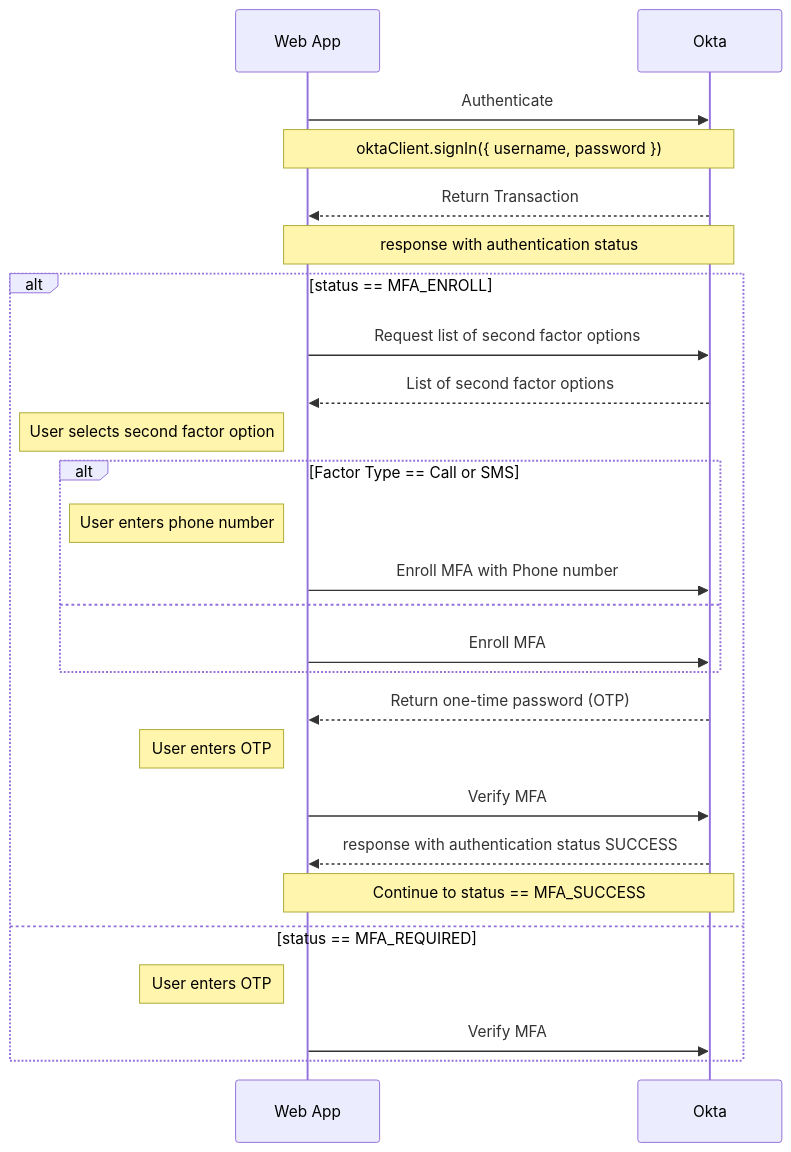
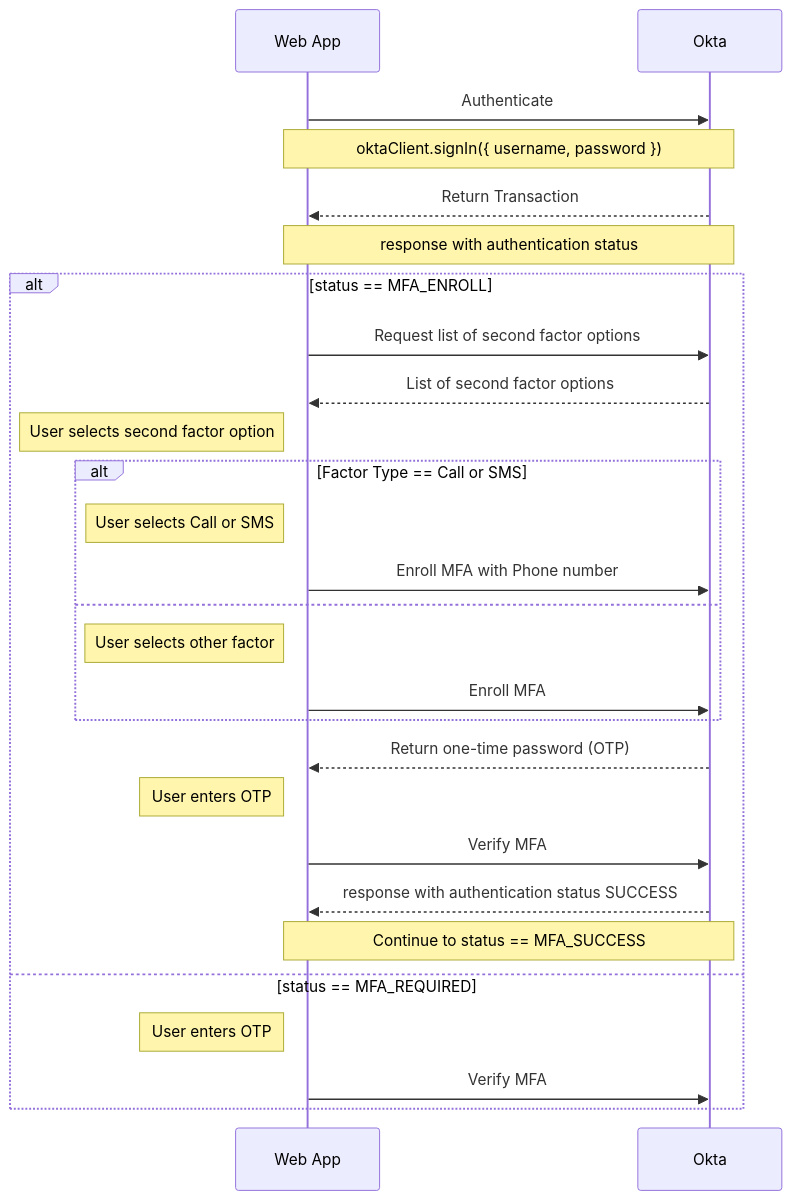
Before and after one commit to Enterprise-CMCS/eAPD: the diagram in documentation/sequence-diagram.mmd, drawn with Mermaid. The commit also changed 5 other files, not shown here.

```diff
--- a/documentation/sequence-diagram.mmd
+++ b/documentation/sequence-diagram.mmd
@@ -1,26 +1,27 @@
 sequenceDiagram
   participant W as Web App
   participant O as Okta
   W->>O: Authenticate
   Note over W,O: oktaClient.signIn({ username, password })
   O-->>W: Return Transaction
   Note over W,O: response with authentication status
   alt status == MFA_ENROLL
     W->>O: Request list of second factor options
     O-->>W: List of second factor options
       Note left of W: User selects second factor option
       alt Factor Type == Call or SMS
-        Note left of W: User enters phone number
+        Note left of W: User selects Call or SMS
         W->>O: Enroll MFA with Phone number
       else
+        Note left of W: User selects other factor
         W->>O: Enroll MFA
       end
     O-->>W: Return one-time password (OTP)
     Note left of W: User enters OTP
     W->>O: Verify MFA
     O-->>W: response with authentication status SUCCESS
     Note over O,W: Continue to status == MFA_SUCCESS
   else status == MFA_REQUIRED
       Note left of W: User enters OTP
       W->>O: Verify MFA
   end
```
